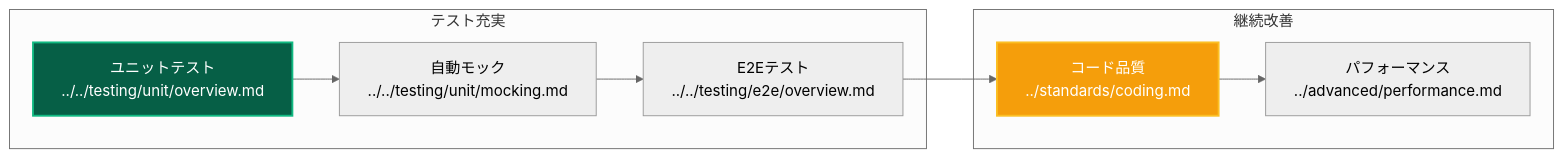
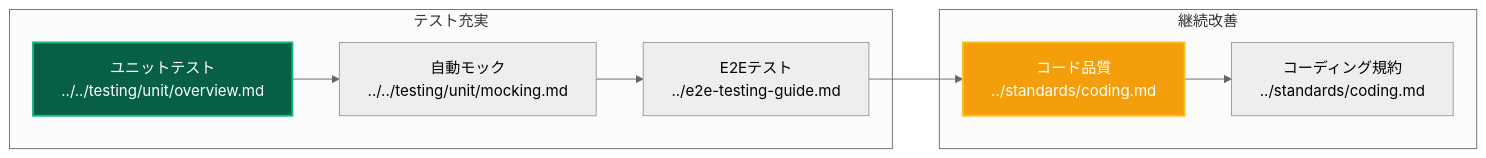
Diagram 24 of 25 in _DOCS/guides/development/workflow.md (derushio/d-next-ddd-example), drawn with Mermaid (neutral theme) before and after one commit. The commit also changed other lines of this file and 102 other files, not shown here.

````diff
--- a/_DOCS/guides/development/workflow.md
+++ b/_DOCS/guides/development/workflow.md
@@ -775,15 +773,15 @@
 ```mermaid
 graph LR
     subgraph "テスト充実"
         C1[ユニットテスト<br/>../../testing/unit/overview.md] --> C2[自動モック<br/>../../testing/unit/mocking.md]
-        C2 --> C3[E2Eテスト<br/>../../testing/e2e/overview.md]
+        C2 --> C3[E2Eテスト<br/>../e2e-testing-guide.md]
     end
 
     subgraph "継続改善"
         C3 --> D1[コード品質<br/>../standards/coding.md]
-        D1 --> D2[パフォーマンス<br/>../advanced/performance.md]
+        D1 --> D2[コーディング規約<br/>../standards/coding.md]
     end
 
     style C1 fill:#065f46,stroke:#10b981,stroke-width:2px,color:#ffffff
     style D1 fill:#f59e0b,stroke:#fbbf24,stroke-width:2px,color:#ffffff
 ```
````
